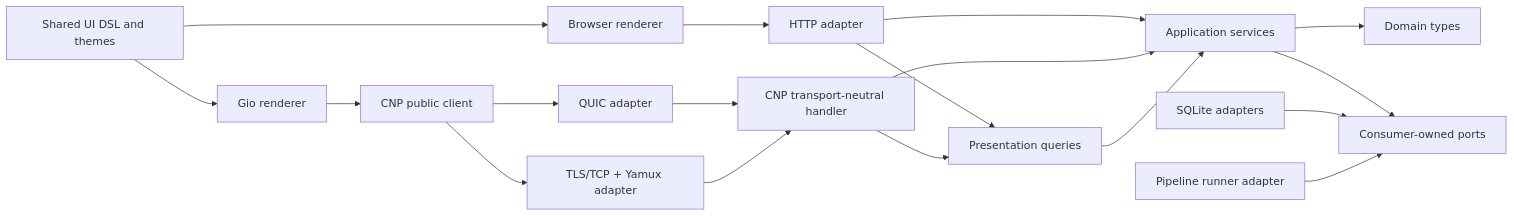
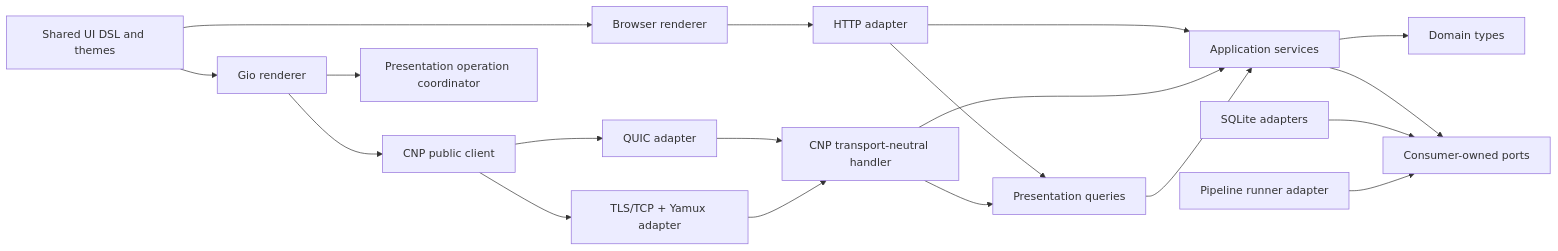
One commit to izzyreal/ciwi changed the first of 4 diagrams in docs/architecture.md. Above: the diagram before and after it, drawn with Mermaid. The commit also changed other lines of this file and 58 other files, not shown here.

````diff
--- a/docs/architecture.md
+++ b/docs/architecture.md
@@ -14,20 +14,21 @@
 ```mermaid
 flowchart LR
   WEB[Browser renderer] --> HTTP[HTTP adapter]
   GIO[Gio renderer] --> CNPCLIENT[CNP public client]
+  GIO --> OPS[Presentation operation coordinator]
   HTTP --> APP[Application services]
   CNP[CNP transport-neutral handler] --> APP
   QUIC[QUIC adapter] --> CNP
   TCP[TLS/TCP + Yamux adapter] --> CNP
   CNPCLIENT --> QUIC
   CNPCLIENT --> TCP
   APP --> DOMAIN[Domain types]
   PRES[Presentation queries] --> APP
   HTTP --> PRES
   CNP --> PRES
   APP --> PORTS[Consumer-owned ports]
   SQLITE[SQLite adapters] --> PORTS
   RUNNER[Pipeline runner adapter] --> PORTS
   DSL[Shared UI DSL and themes] --> WEB
   DSL --> GIO
 ```
````
